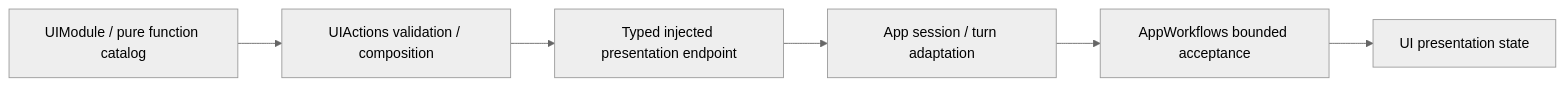
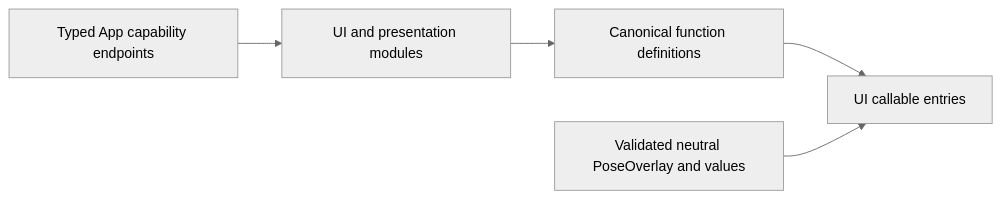
Before and after one commit to devilyouwei/MobileHarness: the diagram in MobileHarness/Actions/UI/Support/README.md, drawn with Mermaid (neutral theme). The commit also changed other lines of this file and 116 other files, not shown here.

````diff
--- a/MobileHarness/Actions/UI/Support/README.md
+++ b/MobileHarness/Actions/UI/Support/README.md
@@ -9,8 +15,7 @@
 ```mermaid
 flowchart LR
-    Module[UIModule / pure function catalog] --> Entries[UIActions validation / composition]
-    Entries --> Capability[Typed injected presentation endpoint]
-    Capability --> Adapter[App session / turn adaptation]
-    Adapter --> Policy[AppWorkflows bounded acceptance]
-    Policy --> State[UI presentation state]
+ Host[Typed App capability endpoints] --> Modules[UI and presentation modules]
+ Modules --> Definitions[Canonical function definitions]
+ Definitions --> Entries[UI callable entries]
+ Payload[Validated neutral PoseOverlay and values] --> Entries
 ```
````
